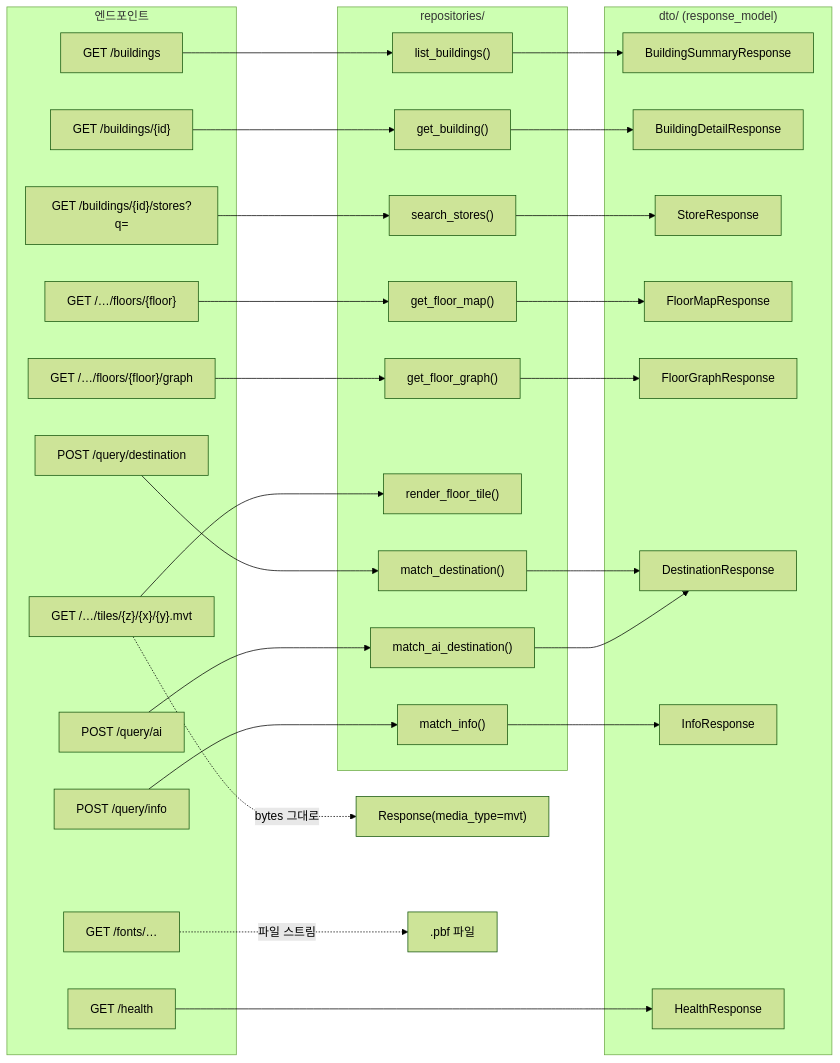
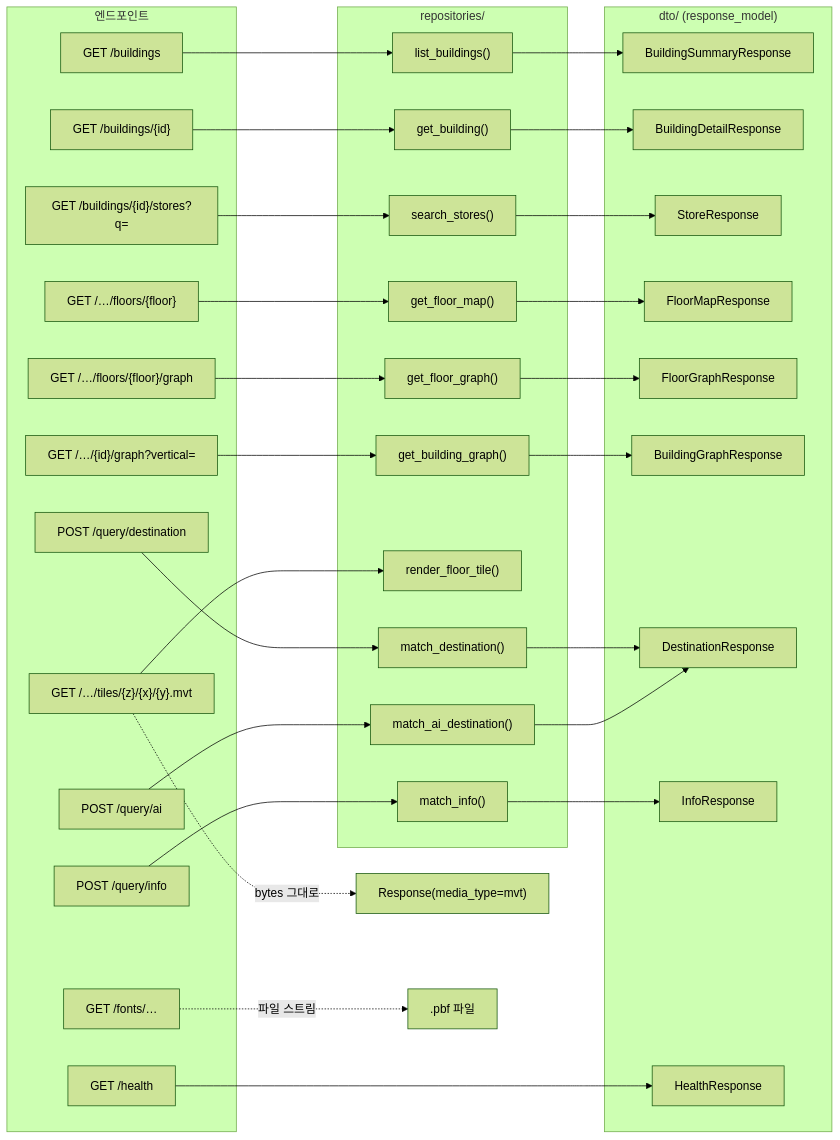
Before and after one commit to Routex-labs/Navigation: the diagram in backend/app/routers/README.md, drawn with Mermaid (forest theme). The commit also changed other lines of this file and 7 other files, not shown here.

````diff
--- a/backend/app/routers/README.md
+++ b/backend/app/routers/README.md
@@ -25,53 +25,57 @@
 ```mermaid
 flowchart LR
     subgraph EP["엔드포인트"]
         e1["GET /buildings"]
         e2["GET /buildings/{id}"]
         e3["GET /buildings/{id}/stores?q="]
         e4["GET /…/floors/{floor}"]
         e5["GET /…/floors/{floor}/graph"]
+        e5b["GET /…/{id}/graph?vertical="]
         e6["GET /…/tiles/{z}/{x}/{y}.mvt"]
         e7["POST /query/destination"]
         e8["POST /query/ai"]
         e9["POST /query/info"]
         e10["GET /fonts/…"]
         e11["GET /health"]
     end
 
     subgraph RP["repositories/"]
         f1["list_buildings()"]
         f2["get_building()"]
         f3["search_stores()"]
         f4["get_floor_map()"]
         f5["get_floor_graph()"]
+        f5b["get_building_graph()"]
         f6["render_floor_tile()"]
         f7["match_destination()"]
         f8["match_ai_destination()"]
         f9["match_info()"]
     end
 
     subgraph DT["dto/ (response_model)"]
         d1["BuildingSummaryResponse"]
         d2["BuildingDetailResponse"]
         d3["StoreResponse"]
         d4["FloorMapResponse"]
         d5["FloorGraphResponse"]
+        d5b["BuildingGraphResponse"]
         d6["DestinationResponse"]
         d7["InfoResponse"]
         d8["HealthResponse"]
     end
 
     e1 --> f1 --> d1
     e2 --> f2 --> d2
     e3 --> f3 --> d3
     e4 --> f4 --> d4
     e5 --> f5 --> d5
+    e5b --> f5b --> d5b
     e6 --> f6
     e7 --> f7 --> d6
     e8 --> f8 --> d6
     e9 --> f9 --> d7
     e11 --> d8
 
     e6 -. "bytes 그대로" .-> mvt["Response(media_type=mvt)"]
     e10 -. "파일 스트림" .-> pbf[".pbf 파일"]
 ```
````
